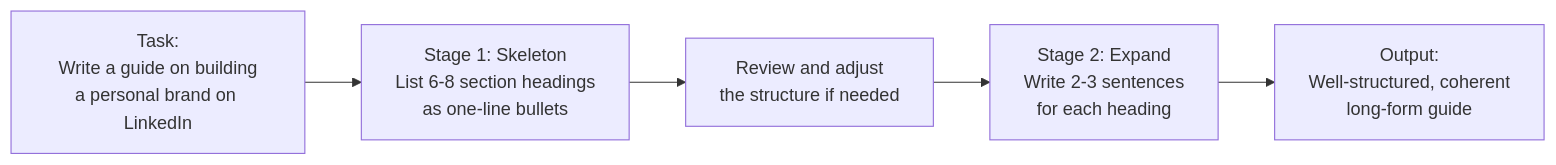
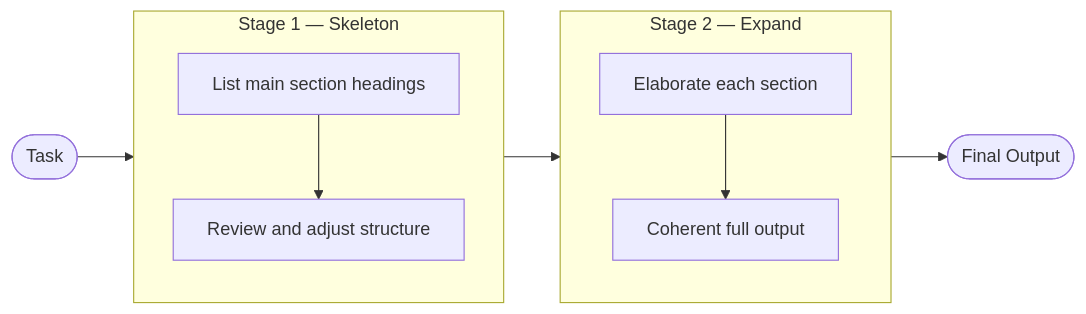
Before and after one commit to itsswatii/ai-learning: the second of 4 diagrams in week-01/prompt-engineering.md, drawn with Mermaid. The commit also changed other lines of this file, not shown here.

````diff
--- a/week-01/prompt-engineering.md
+++ b/week-01/prompt-engineering.md
@@ -251,8 +215,14 @@
 ```mermaid
 flowchart LR
-    T["Task:\nWrite a guide on building\na personal brand on LinkedIn"]
-    --> S["Stage 1: Skeleton\nList 6-8 section headings\nas one-line bullets"]
-    --> R["Review and adjust\nthe structure if needed"]
-    --> E["Stage 2: Expand\nWrite 2-3 sentences\nfor each heading"]
-    --> O["Output:\nWell-structured, coherent\nlong-form guide"]
+    T([Task]) --> S1 --> S2 --> O([Final Output])
+
+    subgraph S1[Stage 1 — Skeleton]
+        direction TB
+        A1[List main section headings] --> A2[Review and adjust structure]
+    end
+
+    subgraph S2[Stage 2 — Expand]
+        direction TB
+        B1[Elaborate each section] --> B2[Coherent full output]
+    end
 ```
````
